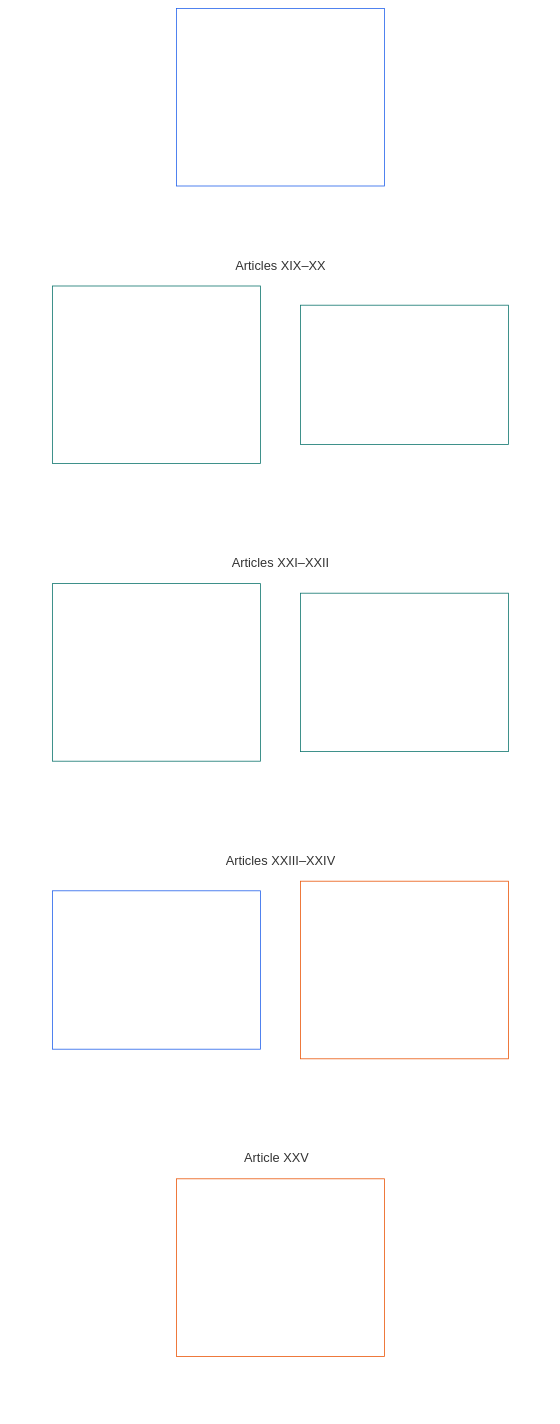
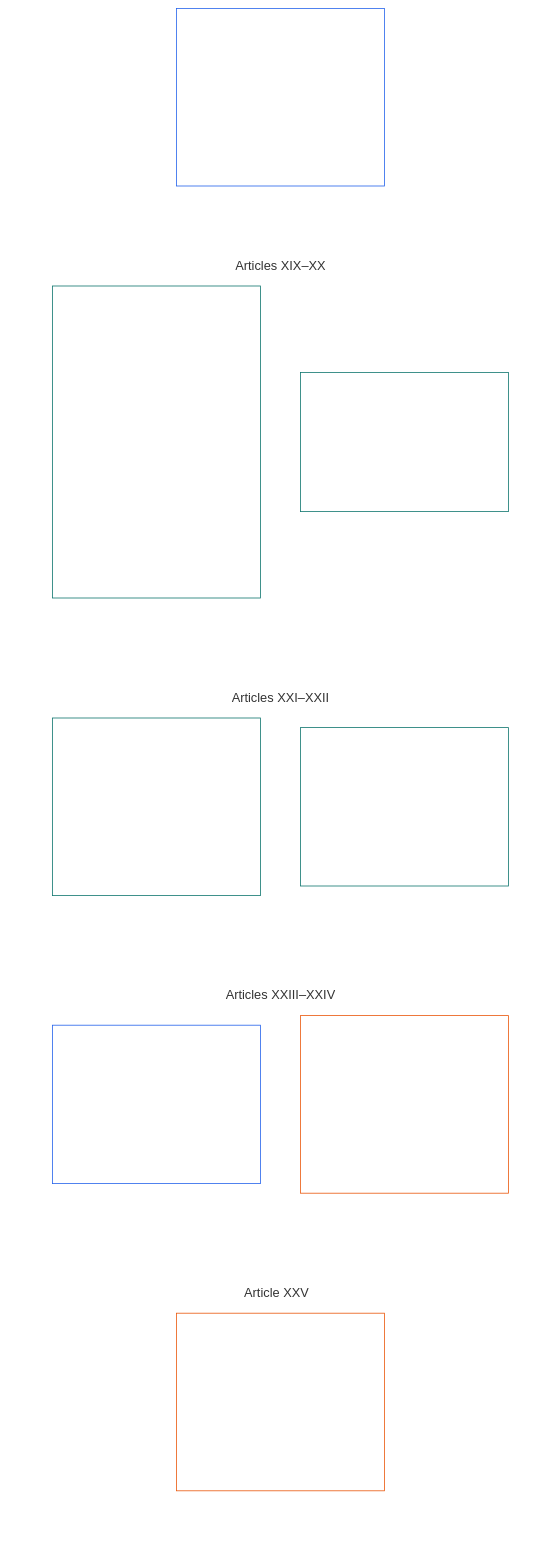
The diagram in translations/fr/core_06_rights_part_d.md (kfoelsch/Sentient_Constitution), drawn with Mermaid before and after one commit. The commit also changed other lines of this file and 345 other files, not shown here.

````diff
--- a/translations/fr/core_06_rights_part_d.md
+++ b/translations/fr/core_06_rights_part_d.md
@@ -40,42 +40,42 @@
 ```mermaid
 flowchart TB
     D0["Part D<br/><br/>qualité pour agir, justice, interopérabilité, mobilité et refuge, intelligibilité, causes profondes et interprétation constitutionnelle"]
     subgraph Dgrid[" "]
         direction TB
         subgraph Drow1["Articles XIX–XX"]
-            D1["Article XIX · qualité pour agir et statut de participation<br/><br/>• distinctions ; contestation et limites ; éligibilité, manquements et verrous ; vote et verrous spéciaux"]
+            D1["**Article XIX** (*Statut de position et participation*) · Statut de position et participation<br/><br/>• Distinctions de statut<br/>• Contestabilité et limites aux restrictions<br/>• Contribution, seuils de compétence et admissibilité aux voies conditionnées<br/>• Violations et verrous de statut<br/>• Vote et verrous spéciaux"]
             D2["Article XX · justice après un manquement vérifié<br/><br/>• objectif et portée de la justice ; planchers de restriction"]
         end
         subgraph Drow2["Articles XXI–XXII"]
             D3["Article XXI · interopérabilité, portabilité et intégrité de sortie<br/><br/>• portabilité ; interopérabilité réciproque ; anti-enfermement ; formats et normes ouverts"]
             D4["Article XXII · mobilité, refuge et absence d’apatridie<br/><br/>• mobilité ; refuge ; absence d’apatridie ; limites, garde et urgences"]
         end
         subgraph Drow3["Articles XXIII–XXIV"]
             D5["Article XXIII · intelligibilité et gestion responsable de la complexité<br/><br/>• intelligibilité proportionnée ; audit de la complexité et modularité"]
             D6["Article XXIV · analyse des causes profondes et réponse adaptative<br/><br/>• rigueur diagnostique ; attribution causale ; auditabilité, contestation et réversibilité"]
         end
         subgraph Drow4["Article XXV"]
             D7["Article XXV · interprétation constitutionnelle, examen et garanties anti-captation<br/><br/>• mandat limité ; indépendance et contrôle externe ; révocation et absence d’enracinement"]
         end
     end
     %% Invisible links place the cards in the source reading order.
     D0 ~~~ D1 & D2
     D1 ~~~ D3
     D2 ~~~ D4
     D3 ~~~ D5
     D4 ~~~ D6
     D5 & D6 ~~~ D7
     style Dgrid fill:none,stroke:none
     style Drow1 fill:none,stroke:none
     style Drow2 fill:none,stroke:none
     style Drow3 fill:none,stroke:none
     style Drow4 fill:none,stroke:none
     style D0 fill:none,stroke:#2563eb,color:#ffffff
     style D1 fill:none,stroke:#0f766e,color:#ffffff
     style D2 fill:none,stroke:#0f766e,color:#ffffff
     style D3 fill:none,stroke:#0f766e,color:#ffffff
     style D4 fill:none,stroke:#0f766e,color:#ffffff
     style D5 fill:none,stroke:#2563eb,color:#ffffff
     style D6 fill:none,stroke:#ea580c,color:#ffffff
     style D7 fill:none,stroke:#ea580c,color:#ffffff
 ```
````
